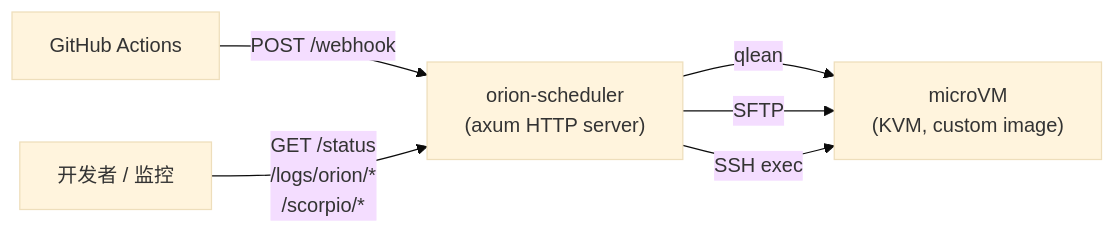
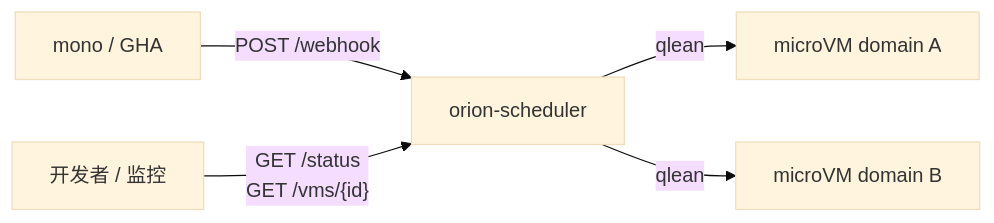
The first of 2 diagrams in orion-scheduler/README.md (gitmono-dev/mega), drawn with Mermaid (base theme) before and after one commit. The commit also changed other lines of this file and 19 other files, not shown here.

First line of the commit message:
feat(orion-scheduler): support multi-VM keyed by server_ws domain (#2146)

````diff
--- a/orion-scheduler/README.md
+++ b/orion-scheduler/README.md
@@ -5,8 +5,7 @@
 ```mermaid
 flowchart LR
-    GHA["GitHub Actions"] -->|"POST /webhook"| Sched["orion-scheduler<br/>(axum HTTP server)"]
-    Sched -->|"qlean"| VM["microVM<br/>(KVM, custom image)"]
-    Sched -->|"SFTP"| VM
-    Sched -->|"SSH exec"| VM
-    User["开发者 / 监控"] -->|"GET /status<br/>/logs/orion/*<br/>/scorpio/*"| Sched
+    Mono["mono / GHA"] -->|"POST /webhook"| Sched["orion-scheduler"]
+    Sched -->|"qlean"| VMa["microVM domain A"]
+    Sched -->|"qlean"| VMb["microVM domain B"]
+    User["开发者 / 监控"] -->|"GET /status<br/>GET /vms/{id}"| Sched
 ```
````
